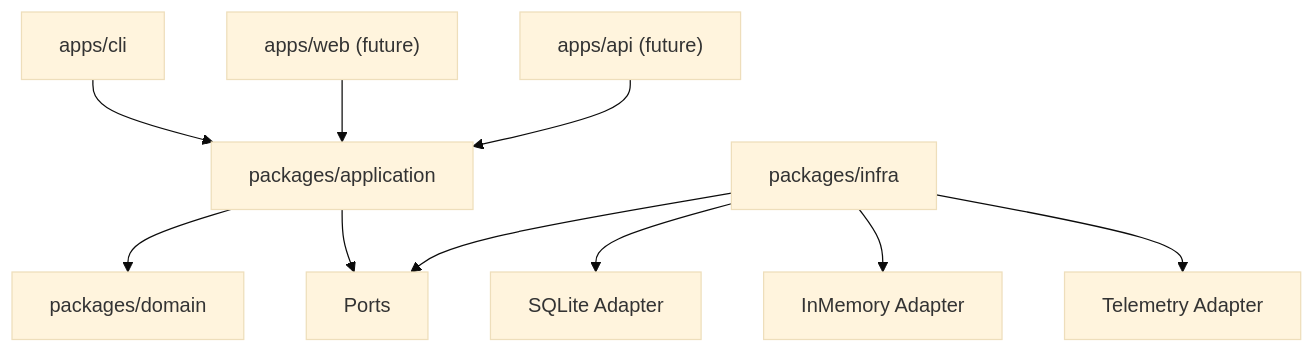
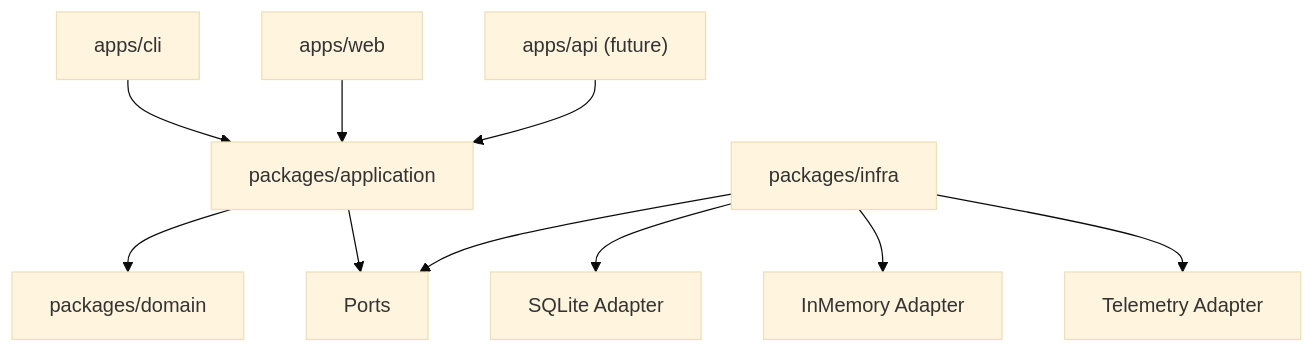
Before and after one commit to quemasandy/cypher: the second of 4 diagrams in docs/architecture/c4-and-boundaries.md, drawn with Mermaid (base theme). The commit also changed other lines of this file and 45 other files, not shown here.

````diff
--- a/docs/architecture/c4-and-boundaries.md
+++ b/docs/architecture/c4-and-boundaries.md
@@ -16,12 +16,12 @@
 ```mermaid
 graph TD
     CLI["apps/cli"] --> APP["packages/application"]
-    WEB["apps/web (future)"] --> APP
+    WEB["apps/web"] --> APP
     API["apps/api (future)"] --> APP
     APP --> DOMAIN["packages/domain"]
     APP --> PORTS["Ports"]
     INFRA["packages/infra"] --> PORTS
     INFRA --> SQLITE["SQLite Adapter"]
     INFRA --> MEMORY["InMemory Adapter"]
     INFRA --> TELEMETRY["Telemetry Adapter"]
 ```
````
